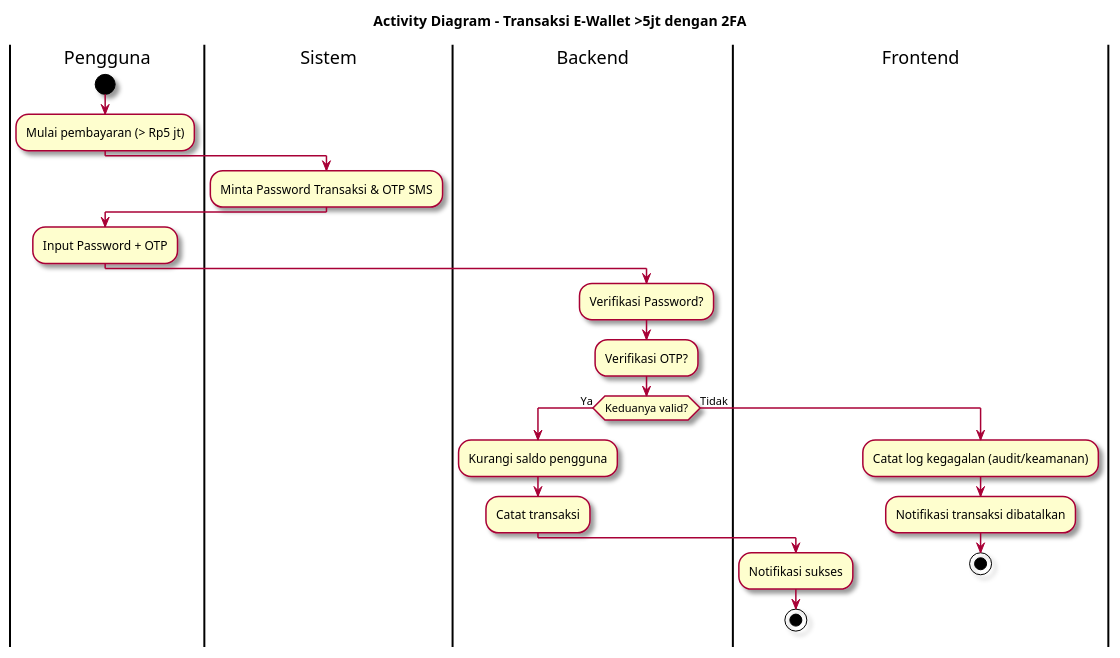
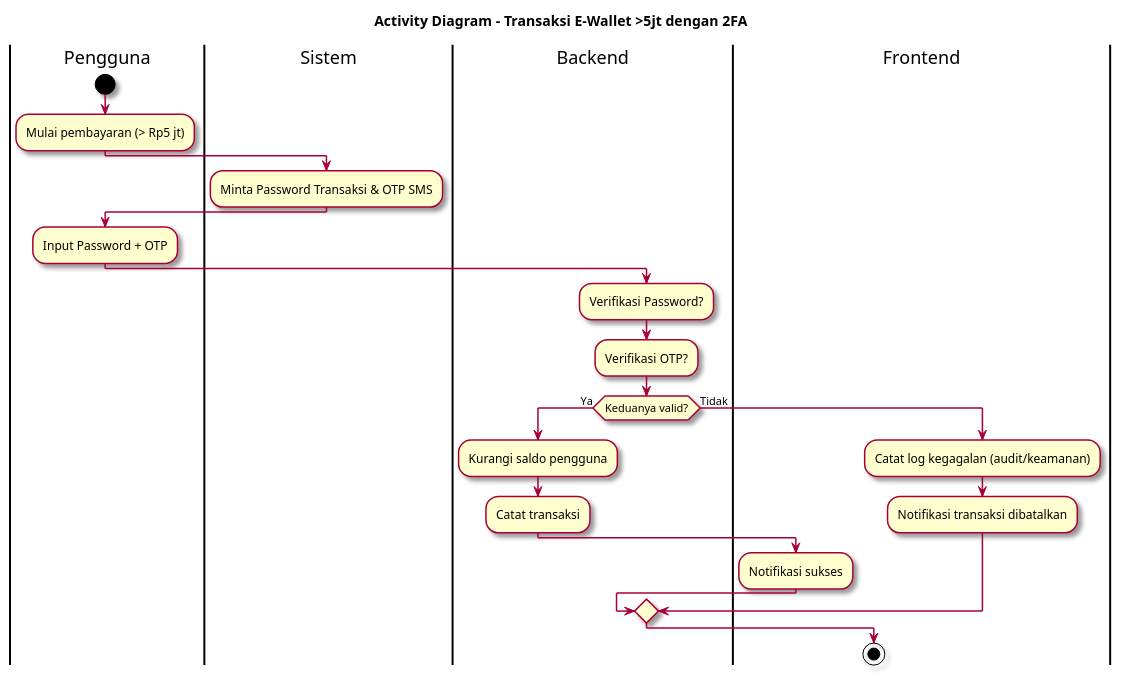
Before and after one commit to 2381031/Tugas-Mandiri-RPL: the diagram in SOAL4.puml, drawn with PlantUML. The commit also changed 4 other files, not shown here.

```diff
--- a/SOAL4.puml
+++ b/SOAL4.puml
@@ -1,29 +1,31 @@
 @startuml
 title Activity Diagram - Transaksi E-Wallet >5jt dengan 2FA
 skin rose
+
 |Pengguna|
 start
 :Mulai pembayaran (> Rp5 jt);
 
 |Sistem|
 :Minta Password Transaksi & OTP SMS;
 
 |Pengguna|
 :Input Password + OTP;
 
 |Backend|
 :Verifikasi Password?;
 :Verifikasi OTP?;
 if (Keduanya valid?) then (Ya)
   :Kurangi saldo pengguna;
   :Catat transaksi;
   |Frontend|
   :Notifikasi sukses;
-  stop
 else (Tidak)
   :Catat log kegagalan (audit/keamanan);
   |Frontend|
   :Notifikasi transaksi dibatalkan;
-  stop
 endif
+
+|Frontend|
+stop
 @enduml
```
